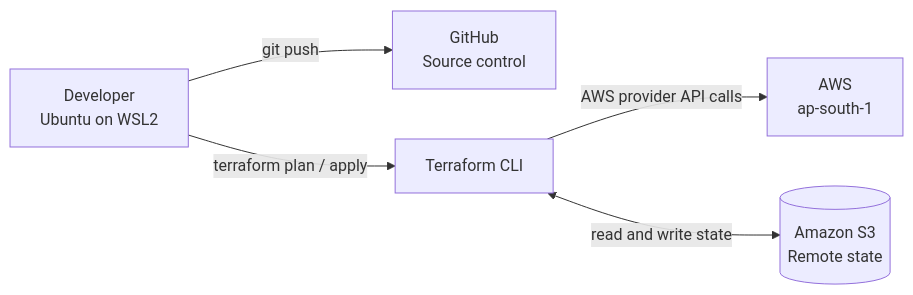
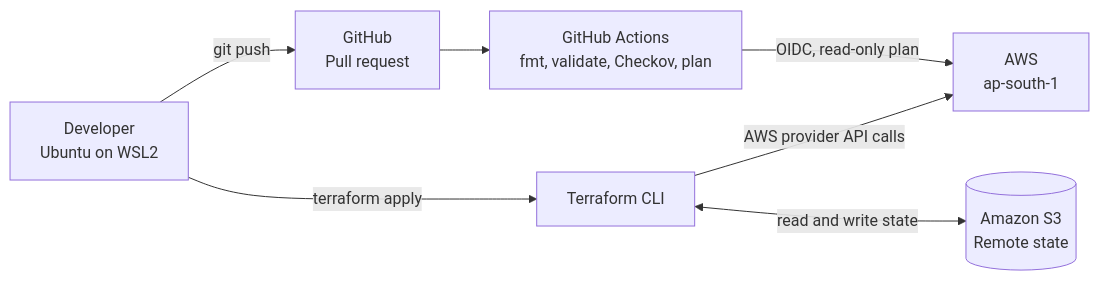
The first of 2 diagrams in README.md (srushtirevoor99-beep/aws-terraform-infra), drawn with Mermaid before and after one commit. The commit also changed other lines of this file, not shown here.

````diff
--- a/README.md
+++ b/README.md
@@ -32,13 +39,16 @@
 ```mermaid
 flowchart LR
     DEV["Developer<br/>Ubuntu on WSL2"]
-    GH["GitHub<br/>Source control"]
+    GH["GitHub<br/>Pull request"]
+    CI["GitHub Actions<br/>fmt, validate, Checkov, plan"]
     TF["Terraform CLI"]
     AWS["AWS<br/>ap-south-1"]
     S3[("Amazon S3<br/>Remote state")]
 
     DEV -->|"git push"| GH
-    DEV -->|"terraform plan / apply"| TF
+    GH --> CI
+    CI -->|"OIDC, read-only plan"| AWS
+    DEV -->|"terraform apply"| TF
     TF -->|"AWS provider API calls"| AWS
     TF <-->|"read and write state"| S3
 ```
````
